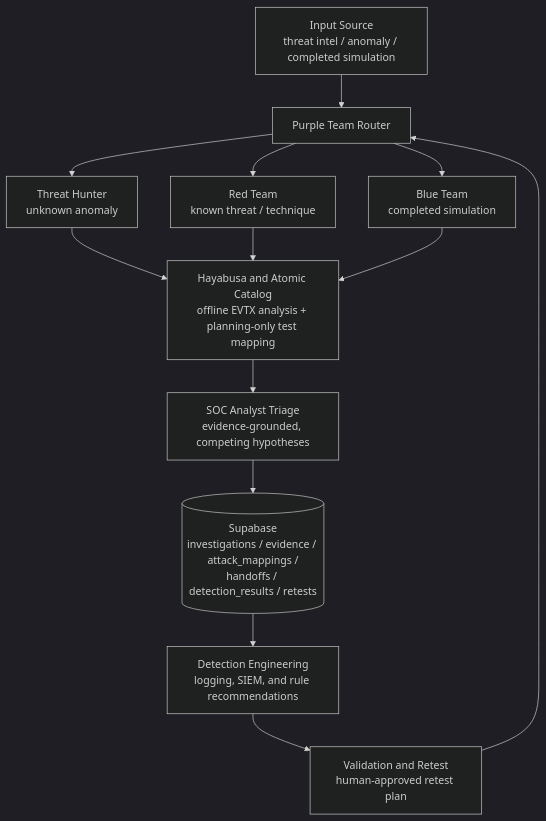
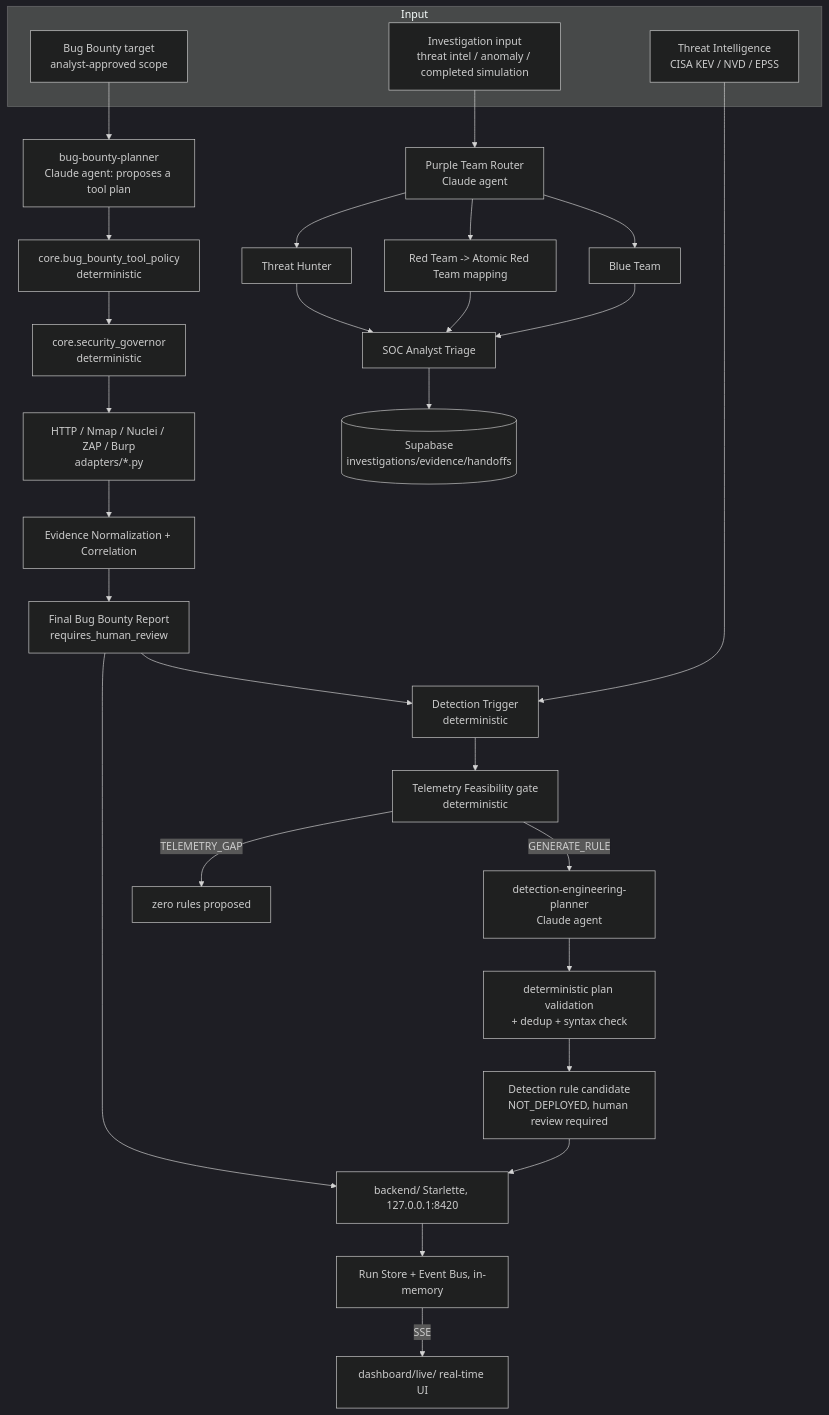
Before and after one commit to RoshiniMlakshmana/ThreatTrace: the diagram in docs/architecture.md, drawn with Mermaid (dark theme). The commit also changed other lines of this file and 15 other files, not shown here.

````diff
--- a/docs/architecture.md
+++ b/docs/architecture.md
@@ -17,22 +20,37 @@
 ```mermaid
 flowchart TD
-    A[Input Source<br/>threat intel / anomaly / completed simulation] --> B[Purple Team Router]
+    subgraph Input
+        BB[Bug Bounty target<br/>analyst-approved scope]
+        TI[Threat Intelligence<br/>CISA KEV / NVD / EPSS]
+        INV[Investigation input<br/>threat intel / anomaly / completed simulation]
+    end
 
-    B --> C1[Threat Hunter<br/>unknown anomaly]
-    B --> C2[Red Team<br/>known threat / technique]
-    B --> C3[Blue Team<br/>completed simulation]
+    BB --> PLANNER[bug-bounty-planner<br/>Claude agent: proposes a tool plan]
+    PLANNER --> POLICY[core.bug_bounty_tool_policy<br/>deterministic]
+    POLICY --> GOV1[core.security_governor<br/>deterministic]
+    GOV1 --> TOOLS[HTTP / Nmap / Nuclei / ZAP / Burp<br/>adapters/*.py]
+    TOOLS --> NORM[Evidence Normalization + Correlation]
+    NORM --> REPORT[Final Bug Bounty Report<br/>requires_human_review]
 
-    C1 --> D[Hayabusa and Atomic Catalog<br/>offline EVTX analysis + planning-only test mapping]
-    C2 --> D
-    C3 --> D
+    REPORT --> TRIGGER[Detection Trigger<br/>deterministic]
+    TI --> TRIGGER
+    TRIGGER --> TELEM[Telemetry Feasibility gate<br/>deterministic]
+    TELEM -->|GENERATE_RULE| DPLANNER[detection-engineering-planner<br/>Claude agent]
+    TELEM -->|TELEMETRY_GAP| NORULE[zero rules proposed]
+    DPLANNER --> DVALID[deterministic plan validation<br/>+ dedup + syntax check]
+    DVALID --> RULE[Detection rule candidate<br/>NOT_DEPLOYED, human review required]
 
-    D --> E[SOC Analyst Triage<br/>evidence-grounded, competing hypotheses]
+    INV --> ROUTER[Purple Team Router<br/>Claude agent]
+    ROUTER --> HUNT[Threat Hunter]
+    ROUTER --> RED[Red Team -> Atomic Red Team mapping]
+    ROUTER --> BLUE[Blue Team]
+    HUNT --> TRIAGE[SOC Analyst Triage]
+    RED --> TRIAGE
+    BLUE --> TRIAGE
+    TRIAGE --> SUPABASE[(Supabase<br/>investigations/evidence/handoffs)]
 
-    E --> F[(Supabase<br/>investigations / evidence / attack_mappings /<br/>handoffs / detection_results / retests)]
-
-    F --> G[Detection Engineering<br/>logging, SIEM, and rule recommendations]
-
-    G --> H[Validation and Retest<br/>human-approved retest plan]
-
-    H --> B
+    REPORT --> BACKEND[backend/ Starlette, 127.0.0.1:8420]
+    RULE --> BACKEND
+    BACKEND --> BUS[Run Store + Event Bus, in-memory]
+    BUS -->|SSE| DASH[dashboard/live/ real-time UI]
 ```
````
